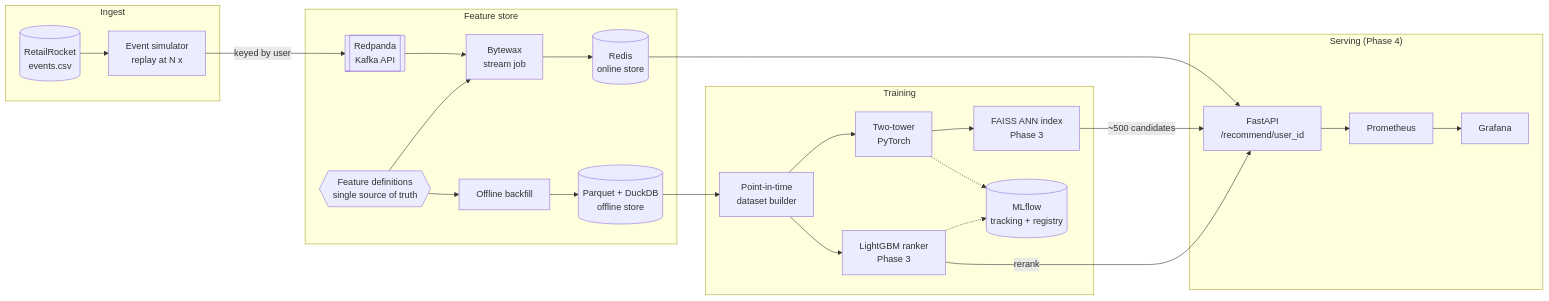
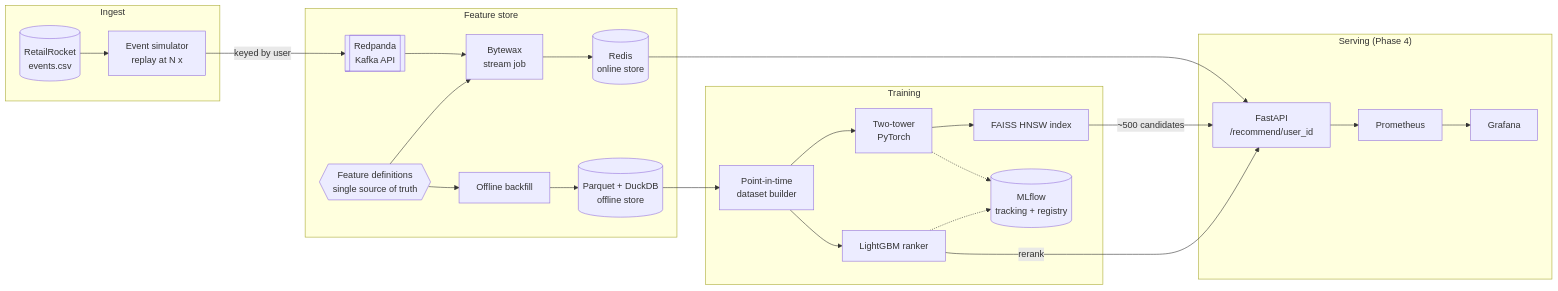
One commit to Yashika2211/absolute changed the diagram in README.md. Above: the diagram before and after it, drawn with Mermaid. The commit also changed other lines of this file, not shown here.

````diff
--- a/README.md
+++ b/README.md
@@ -13,33 +13,33 @@
 ```mermaid
 flowchart LR
     subgraph Ingest
         CSV[(RetailRocket<br/>events.csv)] --> SIM[Event simulator<br/>replay at N x]
     end
     SIM -->|keyed by user| RP[[Redpanda<br/>Kafka API]]
 
     subgraph Features["Feature store"]
         DEF{{Feature definitions<br/>single source of truth}}
         RP --> BW[Bytewax<br/>stream job]
         DEF --> BW
         DEF --> BF[Offline backfill]
         BW --> REDIS[(Redis<br/>online store)]
         BF --> PQ[(Parquet + DuckDB<br/>offline store)]
     end
 
     subgraph Training
         PQ --> PIT[Point-in-time<br/>dataset builder]
         PIT --> TT[Two-tower<br/>PyTorch]
-        PIT --> LGB[LightGBM ranker<br/>Phase 3]
-        TT --> FAISS[FAISS ANN index<br/>Phase 3]
+        PIT --> LGB[LightGBM ranker]
+        TT --> FAISS[FAISS HNSW index]
         TT -.-> MLF[(MLflow<br/>tracking + registry)]
         LGB -.-> MLF
     end
 
     subgraph Serving["Serving (Phase 4)"]
         API[FastAPI<br/>/recommend/user_id]
         REDIS --> API
         FAISS -->|~500 candidates| API
         LGB -->|rerank| API
         API --> PROM[Prometheus] --> GRAF[Grafana]
     end
 ```
````
